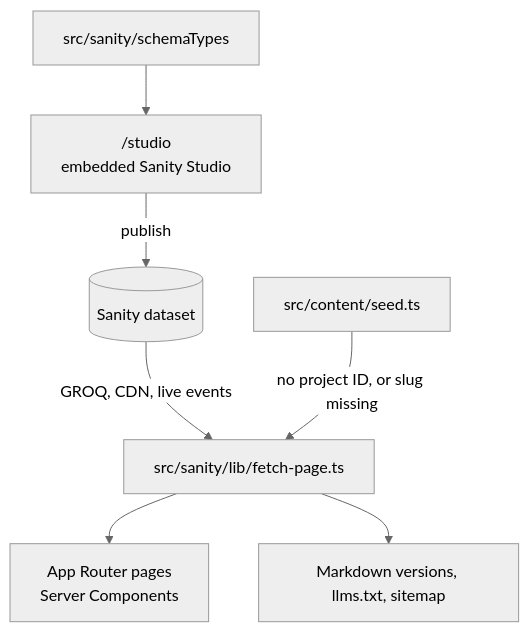
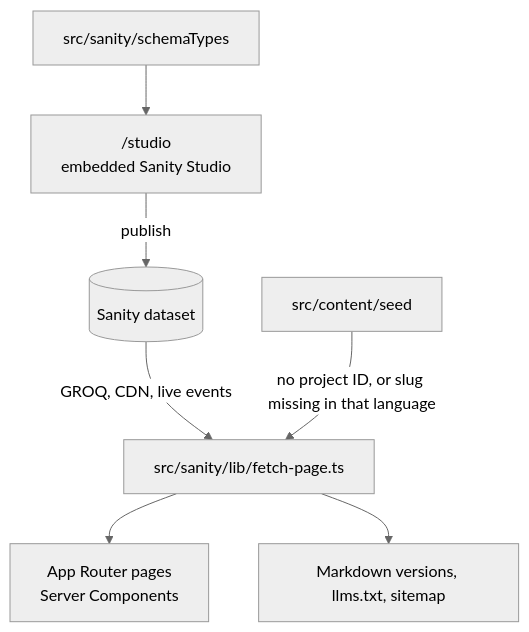
The diagram in docs/architecture.md (marcop135/nextfold), drawn with Mermaid (neutral theme) before and after one commit. The commit also changed other lines of this file and 10 other files, not shown here.

````diff
--- a/docs/architecture.md
+++ b/docs/architecture.md
@@ -3,9 +3,9 @@
 ```mermaid
 flowchart TB
   schema["src/sanity/schemaTypes"] --> studio["/studio<br/>embedded Sanity Studio"]
   studio -- publish --> dataset[(Sanity dataset)]
   dataset -- "GROQ, CDN, live events" --> fetch["src/sanity/lib/fetch-page.ts"]
-  seed["src/content/seed.ts"] -- "no project ID, or slug missing" --> fetch
+  seed["src/content/seed"] -- "no project ID, or slug missing in that language" --> fetch
   fetch --> pages["App Router pages<br/>Server Components"]
   fetch --> markdown["Markdown versions, llms.txt, sitemap"]
 ```
````
